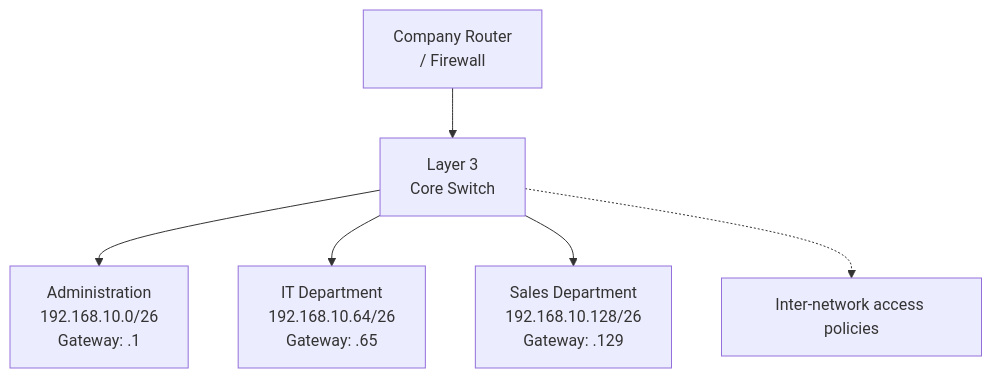
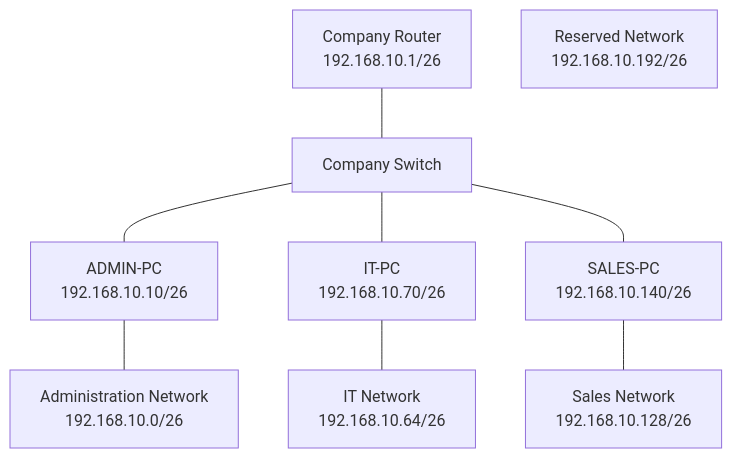
One commit to dadaarinade-ai/network-portfolio changed the diagram in PROJECTS/Project 04/Network topology.mmd. Above: the diagram before and after it, drawn with Mermaid.

Commit message:
Revise network topology diagram with updated nodes

```diff
--- a/PROJECTS/Project 04/Network topology.mmd
+++ b/PROJECTS/Project 04/Network topology.mmd
@@ -1,12 +1,11 @@
+flowchart TD
+    A[Company Router<br/>192.168.10.1/26] --- B[Company Switch]
+    B --- C[ADMIN-PC<br/>192.168.10.10/26]
+    B --- D[IT-PC<br/>192.168.10.70/26]
+    B --- E[SALES-PC<br/>192.168.10.140/26]
 
-flowchart TD
-    R["Company Router<br/> / Firewall"]
-    L3["Layer 3<br/> Core Switch"]
+    C --- F[Administration Network<br/>192.168.10.0/26]
+    D --- G[IT Network<br/>192.168.10.64/26]
+    E --- H[Sales Network<br/>192.168.10.128/26]
 
-    R --> L3
-
-    L3 --> A["Administration<br/>192.168.10.0/26<br/>Gateway: .1"]
-    L3 --> I["IT Department<br/>192.168.10.64/26<br/>Gateway: .65"]
-    L3 --> S["Sales Department<br/>192.168.10.128/26<br/>Gateway: .129"]
-
-    L3 -.-> ACL["Inter-network access policies"]
+    I[Reserved Network<br/>192.168.10.192/26]
```
